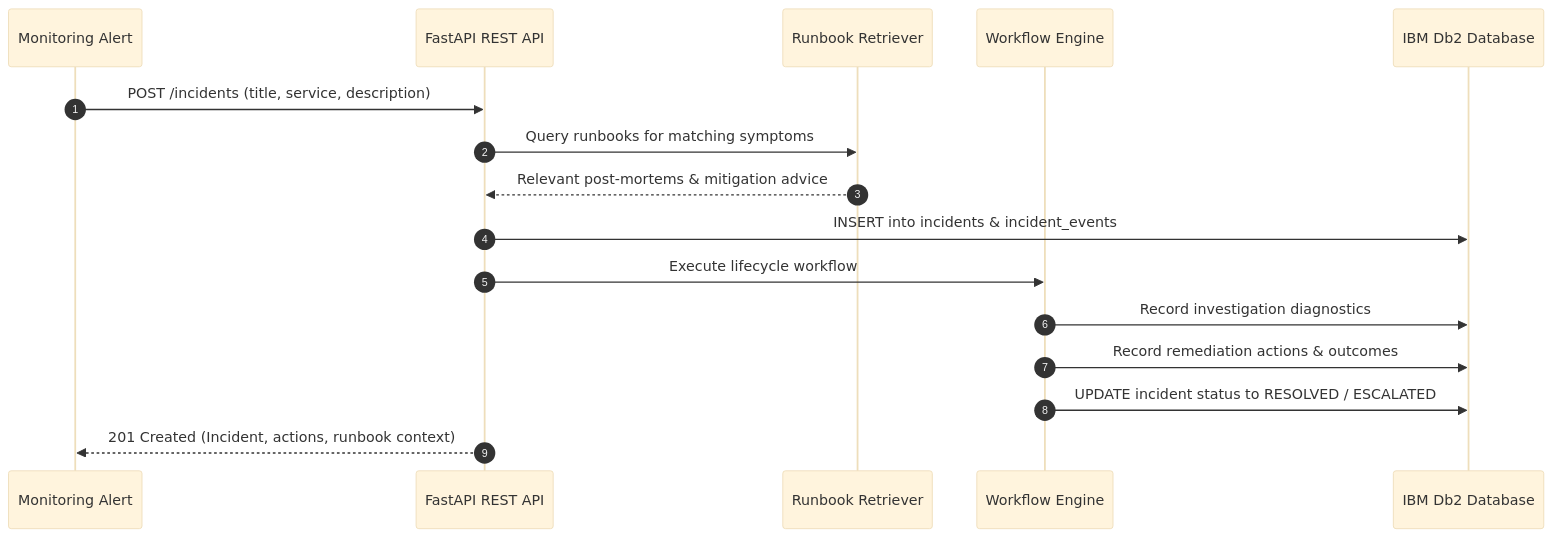
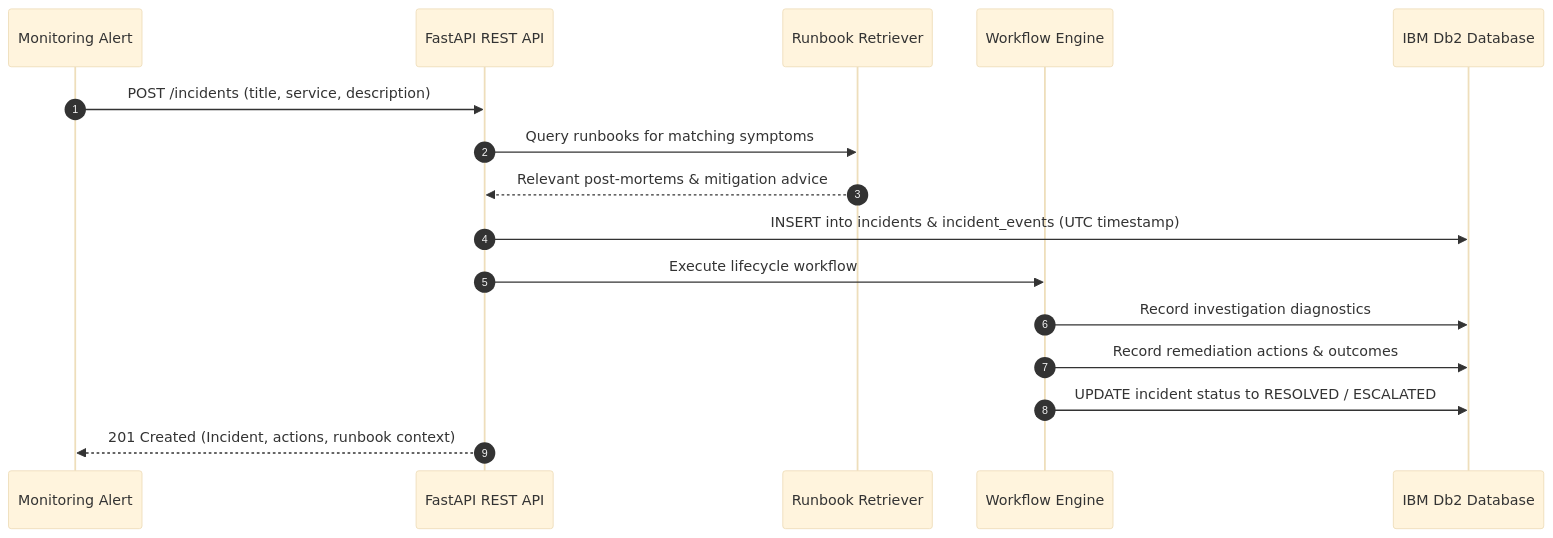
Before and after one commit to KunalGolaIBM/IBM_Db2_TechX_Project_Submission: the second of 2 diagrams in submissions/db2-workrelay-intelligence/architecture.md, drawn with Mermaid (base theme). The commit also changed other lines of this file and 7 other files, not shown here.

````diff
--- a/submissions/db2-workrelay-intelligence/architecture.md
+++ b/submissions/db2-workrelay-intelligence/architecture.md
@@ -87,19 +90,19 @@
 ```mermaid
 sequenceDiagram
     autonumber
     participant Client as Monitoring Alert
     participant API as FastAPI REST API
     participant AI as Runbook Retriever
     participant WF as Workflow Engine
     participant DB as IBM Db2 Database
 
     Client->>API: POST /incidents (title, service, description)
     API->>AI: Query runbooks for matching symptoms
     AI-->>API: Relevant post-mortems & mitigation advice
-    API->>DB: INSERT into incidents & incident_events
+    API->>DB: INSERT into incidents & incident_events (UTC timestamp)
     API->>WF: Execute lifecycle workflow
     WF->>DB: Record investigation diagnostics
     WF->>DB: Record remediation actions & outcomes
     WF->>DB: UPDATE incident status to RESOLVED / ESCALATED
     API-->>Client: 201 Created (Incident, actions, runbook context)
 ```
````
